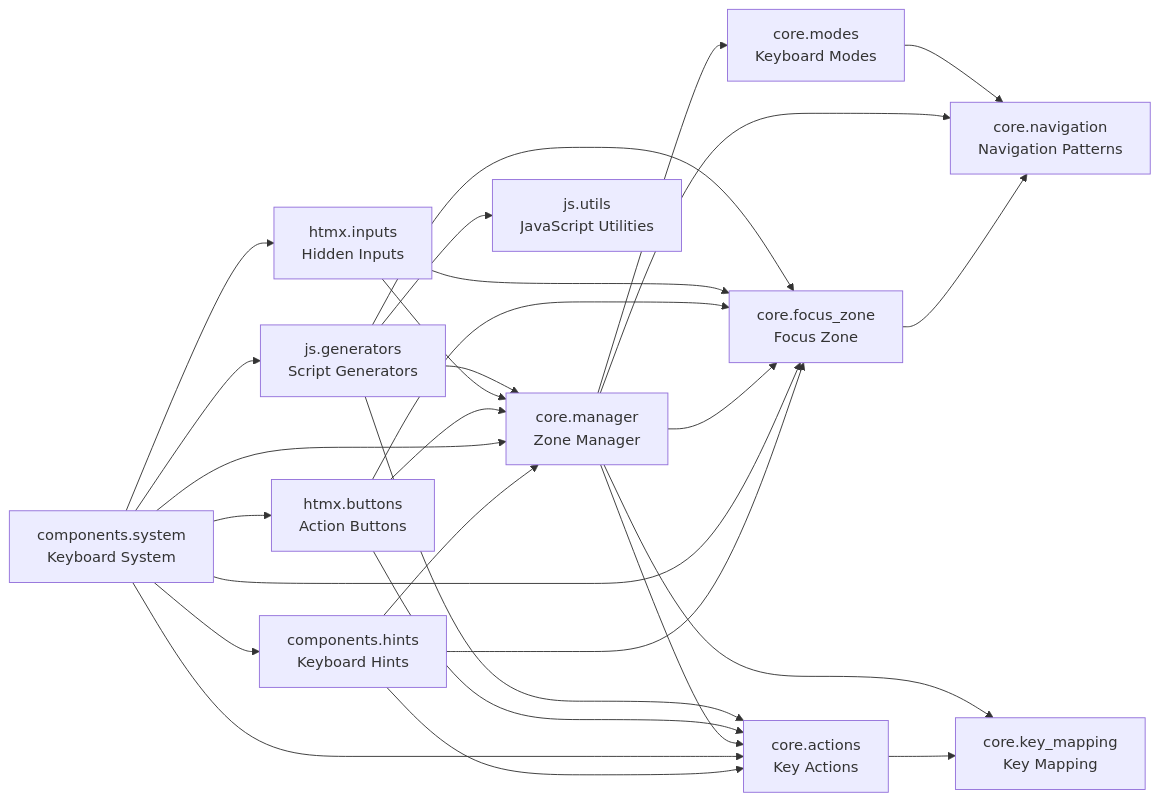
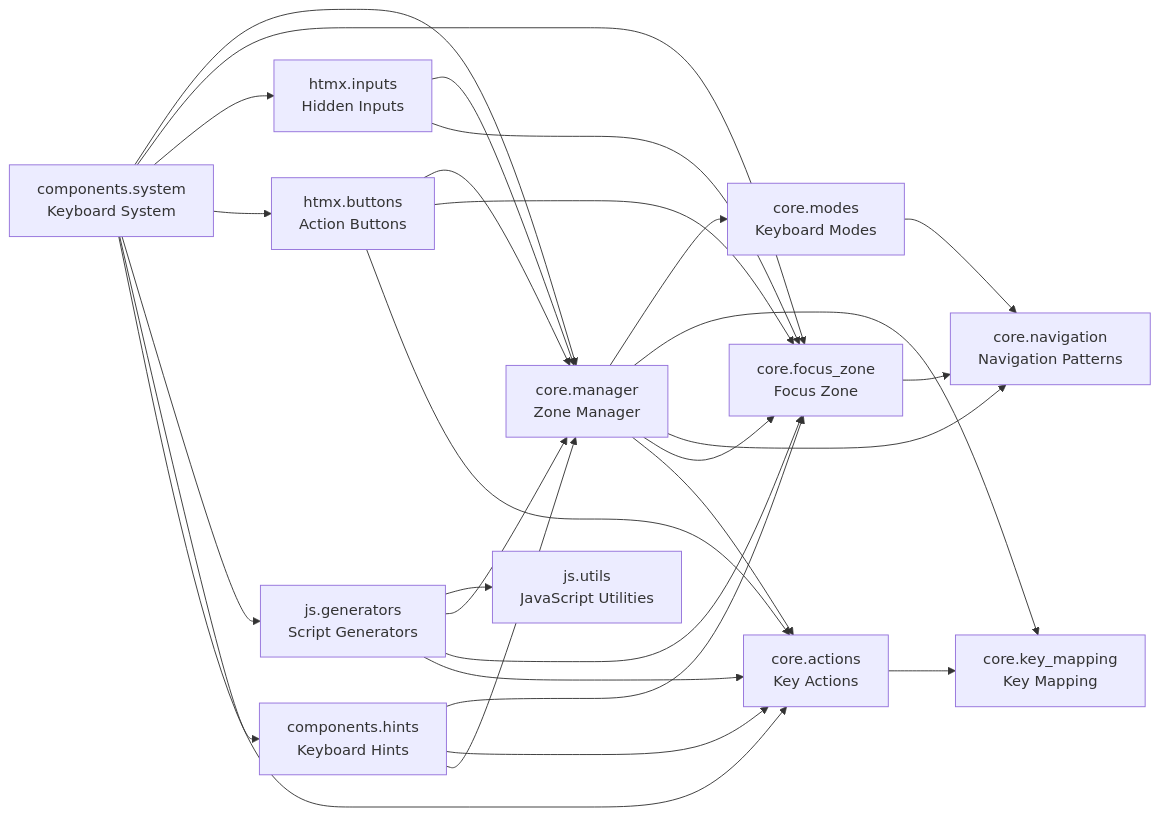
The diagram in README.md (cj-mills/cjm-fasthtml-keyboard-navigation), drawn with Mermaid before and after one commit. The commit also changed other lines of this file and 3 other files, not shown here.

````diff
--- a/README.md
+++ b/README.md
@@ -36,43 +36,43 @@
 ``` mermaid
 graph LR
     components_hints[components.hints<br/>Keyboard Hints]
     components_system[components.system<br/>Keyboard System]
     core_actions[core.actions<br/>Key Actions]
     core_focus_zone[core.focus_zone<br/>Focus Zone]
     core_key_mapping[core.key_mapping<br/>Key Mapping]
     core_manager[core.manager<br/>Zone Manager]
     core_modes[core.modes<br/>Keyboard Modes]
     core_navigation[core.navigation<br/>Navigation Patterns]
     htmx_buttons[htmx.buttons<br/>Action Buttons]
     htmx_inputs[htmx.inputs<br/>Hidden Inputs]
     js_generators[js.generators<br/>Script Generators]
     js_utils[js.utils<br/>JavaScript Utilities]
 
+    components_hints --> core_focus_zone
     components_hints --> core_actions
     components_hints --> core_manager
-    components_hints --> core_focus_zone
+    components_system --> core_manager
+    components_system --> core_focus_zone
+    components_system --> htmx_inputs
+    components_system --> htmx_buttons
+    components_system --> js_generators
+    components_system --> components_hints
     components_system --> core_actions
-    components_system --> core_manager
-    components_system --> htmx_inputs
-    components_system --> js_generators
-    components_system --> htmx_buttons
-    components_system --> components_hints
-    components_system --> core_focus_zone
     core_actions --> core_key_mapping
     core_focus_zone --> core_navigation
     core_manager --> core_modes
+    core_manager --> core_key_mapping
+    core_manager --> core_navigation
+    core_manager --> core_focus_zone
     core_manager --> core_actions
-    core_manager --> core_navigation
-    core_manager --> core_key_mapping
-    core_manager --> core_focus_zone
     core_modes --> core_navigation
-    htmx_buttons --> core_actions
     htmx_buttons --> core_manager
     htmx_buttons --> core_focus_zone
+    htmx_buttons --> core_actions
     htmx_inputs --> core_manager
     htmx_inputs --> core_focus_zone
     js_generators --> js_utils
-    js_generators --> core_actions
     js_generators --> core_manager
     js_generators --> core_focus_zone
+    js_generators --> core_actions
 ```
````
